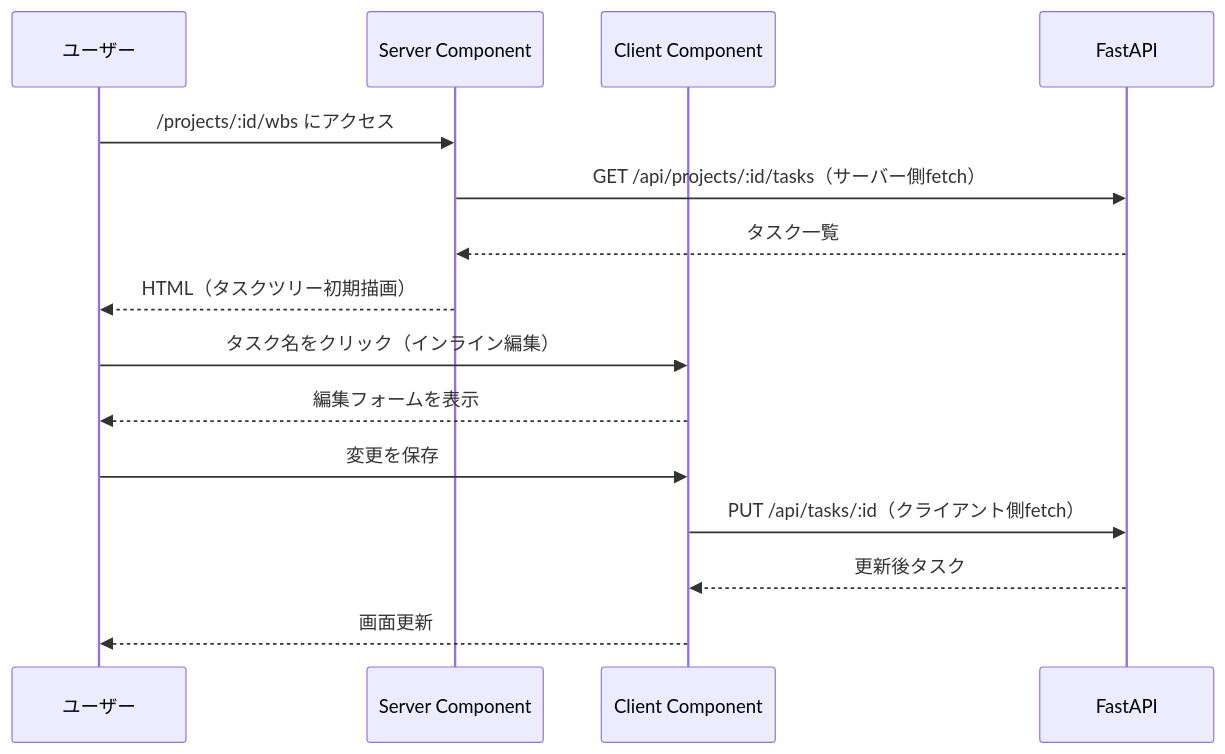
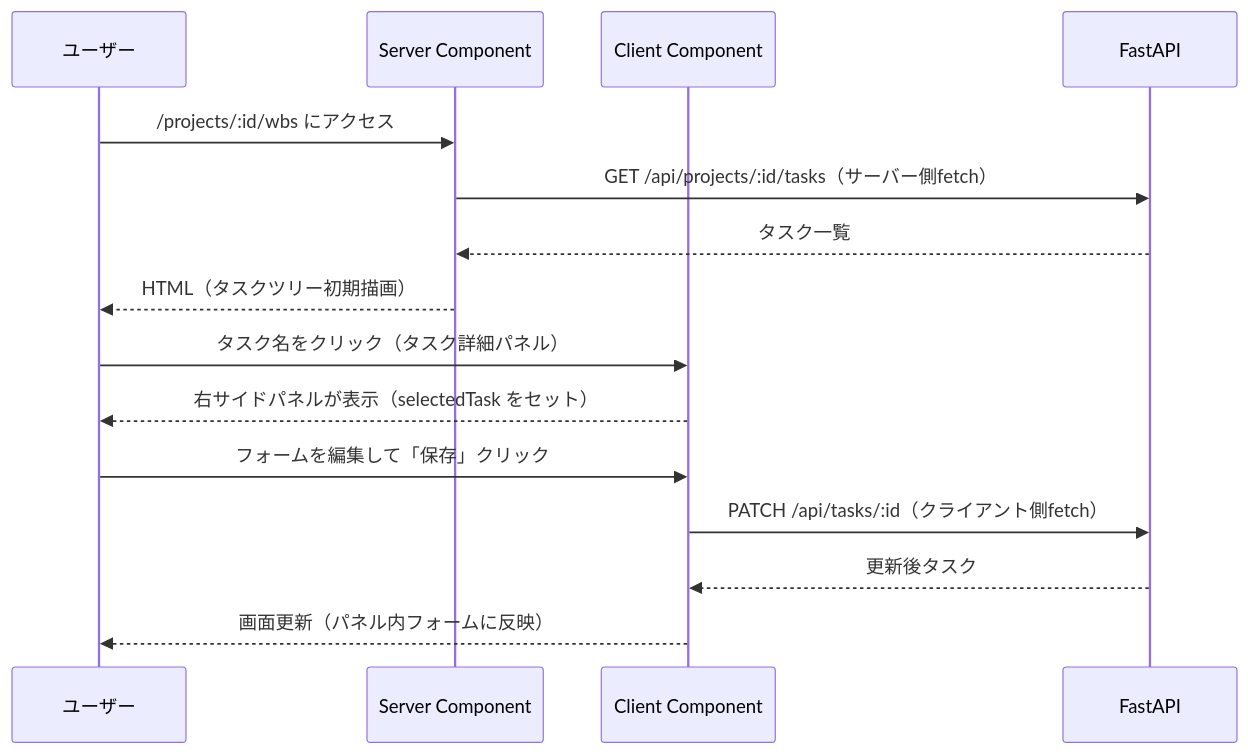
One commit to nakata5577/wbs-tool changed the second of 4 diagrams in docs/design/ui.md. Above: the diagram before and after it, drawn with Mermaid. The commit also changed other lines of this file and 10 other files, not shown here.

````diff
--- a/docs/design/ui.md
+++ b/docs/design/ui.md
@@ -56,18 +57,18 @@
 ```mermaid
 sequenceDiagram
     participant U as ユーザー
     participant RSC as Server Component
     participant CC as Client Component
     participant API as FastAPI
 
     U->>RSC: /projects/:id/wbs にアクセス
     RSC->>API: GET /api/projects/:id/tasks（サーバー側fetch）
     API-->>RSC: タスク一覧
     RSC-->>U: HTML（タスクツリー初期描画）
-    U->>CC: タスク名をクリック（インライン編集）
-    CC-->>U: 編集フォームを表示
-    U->>CC: 変更を保存
-    CC->>API: PUT /api/tasks/:id（クライアント側fetch）
+    U->>CC: タスク名をクリック（タスク詳細パネル）
+    CC-->>U: 右サイドパネルが表示（selectedTask をセット）
+    U->>CC: フォームを編集して「保存」クリック
+    CC->>API: PATCH /api/tasks/:id（クライアント側fetch）
     API-->>CC: 更新後タスク
-    CC-->>U: 画面更新
+    CC-->>U: 画面更新（パネル内フォームに反映）
 ```
````
